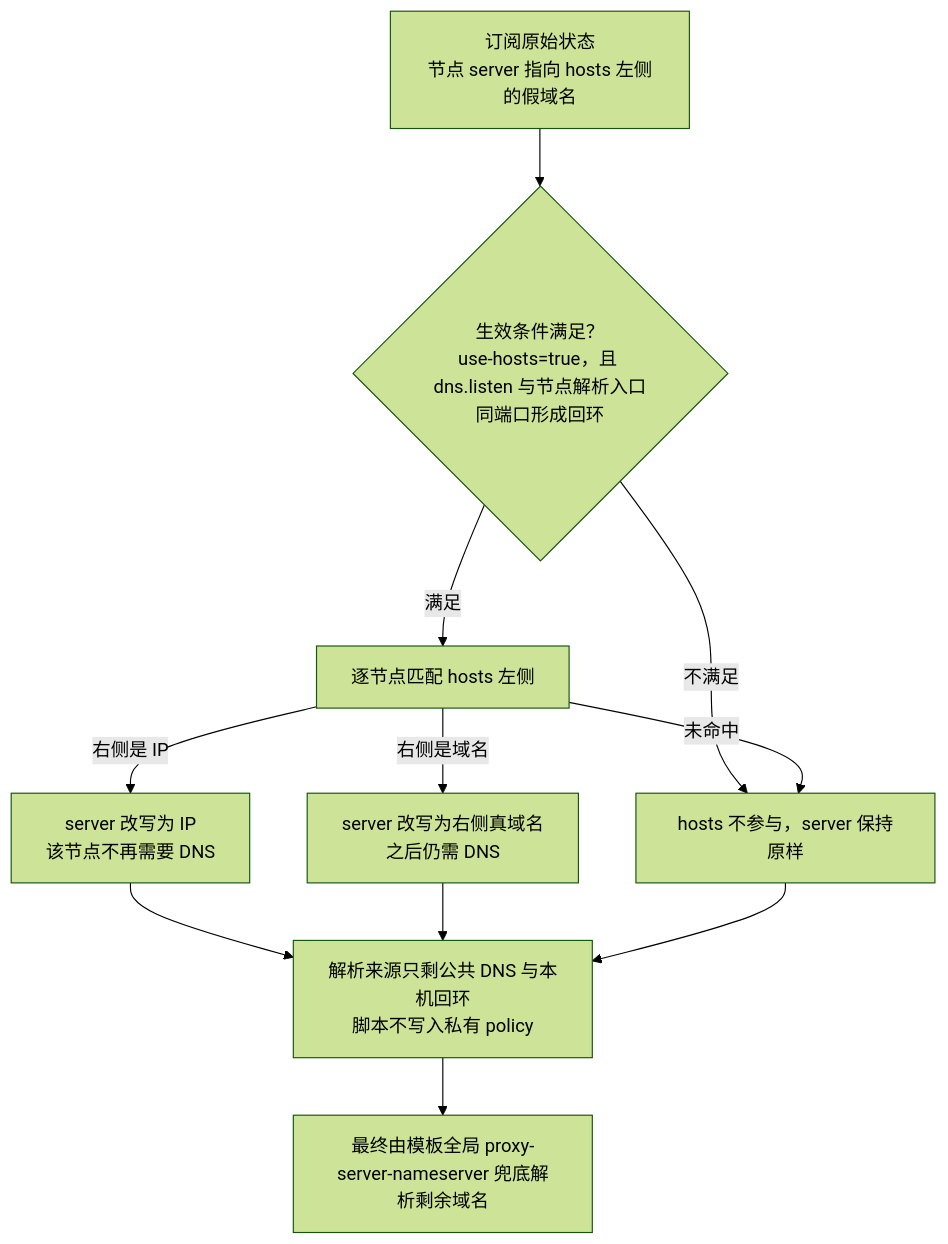
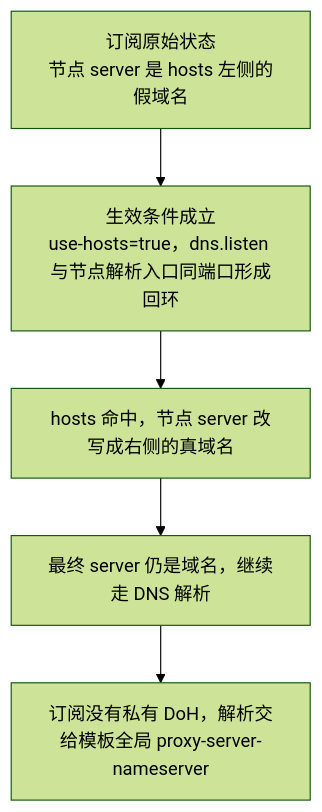
The first of 9 diagrams in README.md (XVSVTsama/XVSVT-Clash-Config), drawn with Mermaid (forest theme) before and after one commit. The commit also changed other lines of this file, not shown here.

Commit message:
Reduce hosts/DNS flows to the target path of each scenario

````diff
--- a/README.md
+++ b/README.md
@@ -120,14 +120,8 @@
 ```mermaid
 flowchart TD
-  A1["订阅原始状态<br/>节点 server 指向 hosts 左侧的假域名"]
-  A1 --> A2{"生效条件满足？<br/>use-hosts=true，且 dns.listen 与节点解析入口同端口形成回环"}
-  A2 -->|"不满足"| A3["hosts 不参与，server 保持原样"]
-  A2 -->|"满足"| A4["逐节点匹配 hosts 左侧"]
-  A4 -->|"右侧是 IP"| A5["server 改写为 IP<br/>该节点不再需要 DNS"]
-  A4 -->|"右侧是域名"| A6["server 改写为右侧真域名<br/>之后仍需 DNS"]
-  A4 -->|"未命中"| A3
-  A5 --> A7["解析来源只剩公共 DNS 与本机回环<br/>脚本不写入私有 policy"]
-  A6 --> A7
-  A3 --> A7
-  A7 --> A8["最终由模板全局 proxy-server-nameserver 兜底解析剩余域名"]
+  A1["订阅原始状态<br/>节点 server 是 hosts 左侧的假域名"]
+  A1 --> A2["生效条件成立<br/>use-hosts=true，dns.listen 与节点解析入口同端口形成回环"]
+  A2 --> A3["hosts 命中，节点 server 改写成右侧的真域名"]
+  A3 --> A4["最终 server 仍是域名，继续走 DNS 解析"]
+  A4 --> A5["订阅没有私有 DoH，解析交给模板全局 proxy-server-nameserver"]
 ```
````
